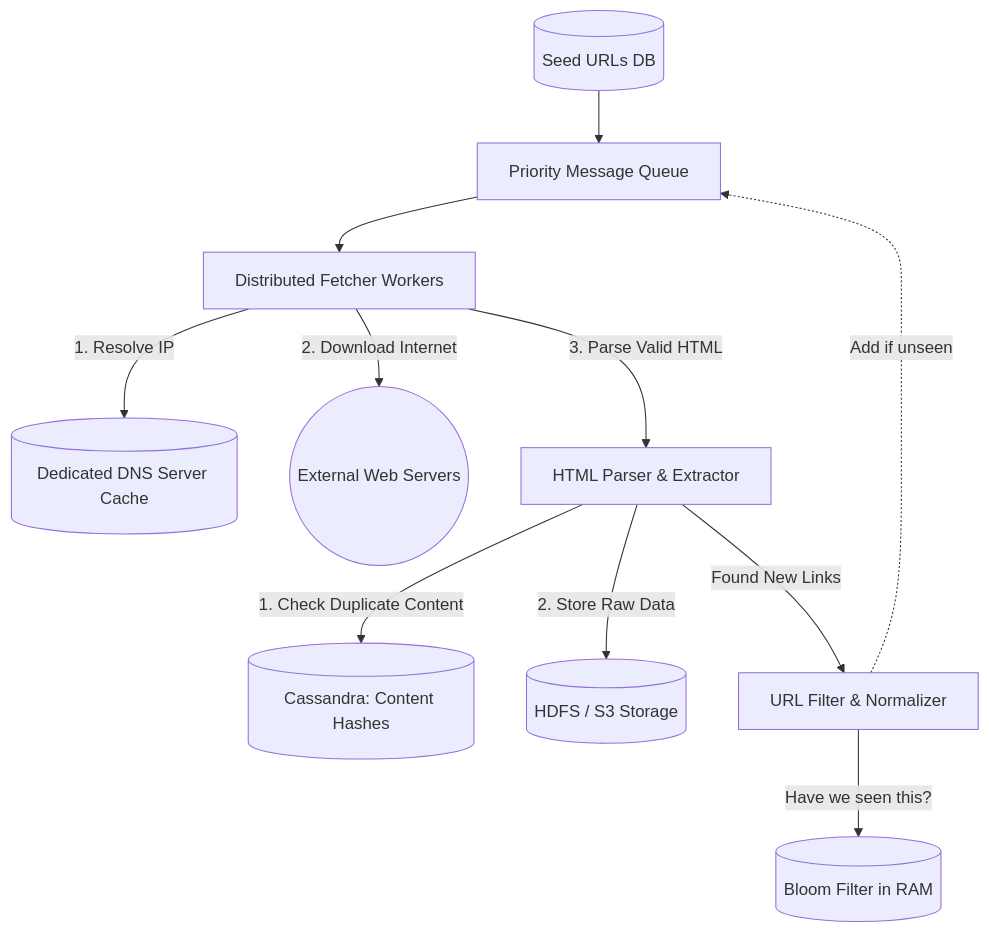
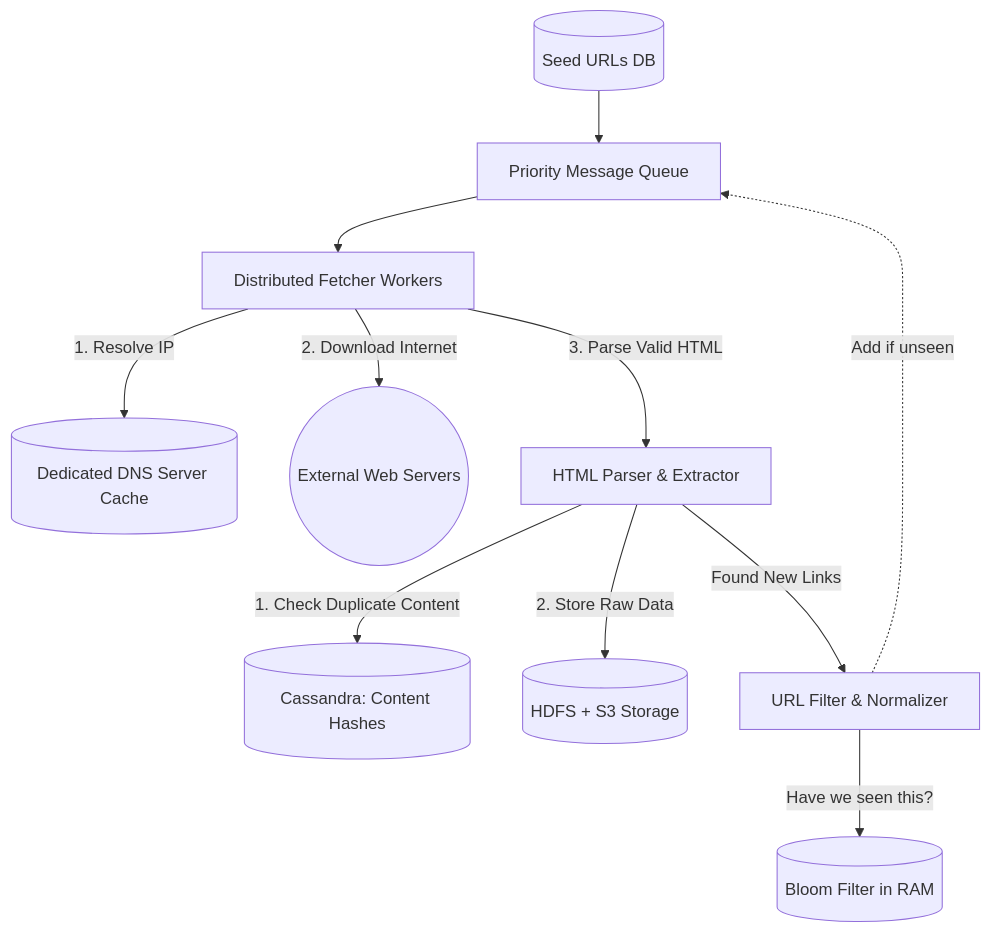
One commit to Amit506/System-Design changed the diagram in Premium-Edition/02_Architectures/06_Google_Search_Crawler.md. Above: the diagram before and after it, drawn with Mermaid. The commit also changed 32 other files, not shown here.

````diff
--- a/Premium-Edition/02_Architectures/06_Google_Search_Crawler.md
+++ b/Premium-Edition/02_Architectures/06_Google_Search_Crawler.md
@@ -37,18 +37,18 @@
 ```mermaid
 graph TD
     SeedUrls[(Seed URLs DB)] --> URL_Frontier[Priority Message Queue]
     
     URL_Frontier --> FetcherPool[Distributed Fetcher Workers]
     
     FetcherPool -->|1. Resolve IP| DNS_Cache[(Dedicated DNS Server Cache)]
     FetcherPool -->|2. Download Internet| Internet((External Web Servers))
     FetcherPool -->|3. Parse Valid HTML| HTMLParser[HTML Parser & Extractor]
     
     HTMLParser -->|1. Check Duplicate Content| ContentHashDB[(Cassandra: Content Hashes)]
-    HTMLParser -->|2. Store Raw Data| HDFS[(HDFS / S3 Storage)]
+    HTMLParser -->|2. Store Raw Data| HDFS[(HDFS + S3 Storage)]
     
     HTMLParser -->|Found New Links| URL_Filter[URL Filter & Normalizer]
     
     URL_Filter -->|Have we seen this?| BloomFilter[(Bloom Filter in RAM)]
     URL_Filter -.->|Add if unseen| URL_Frontier
 ```
````
